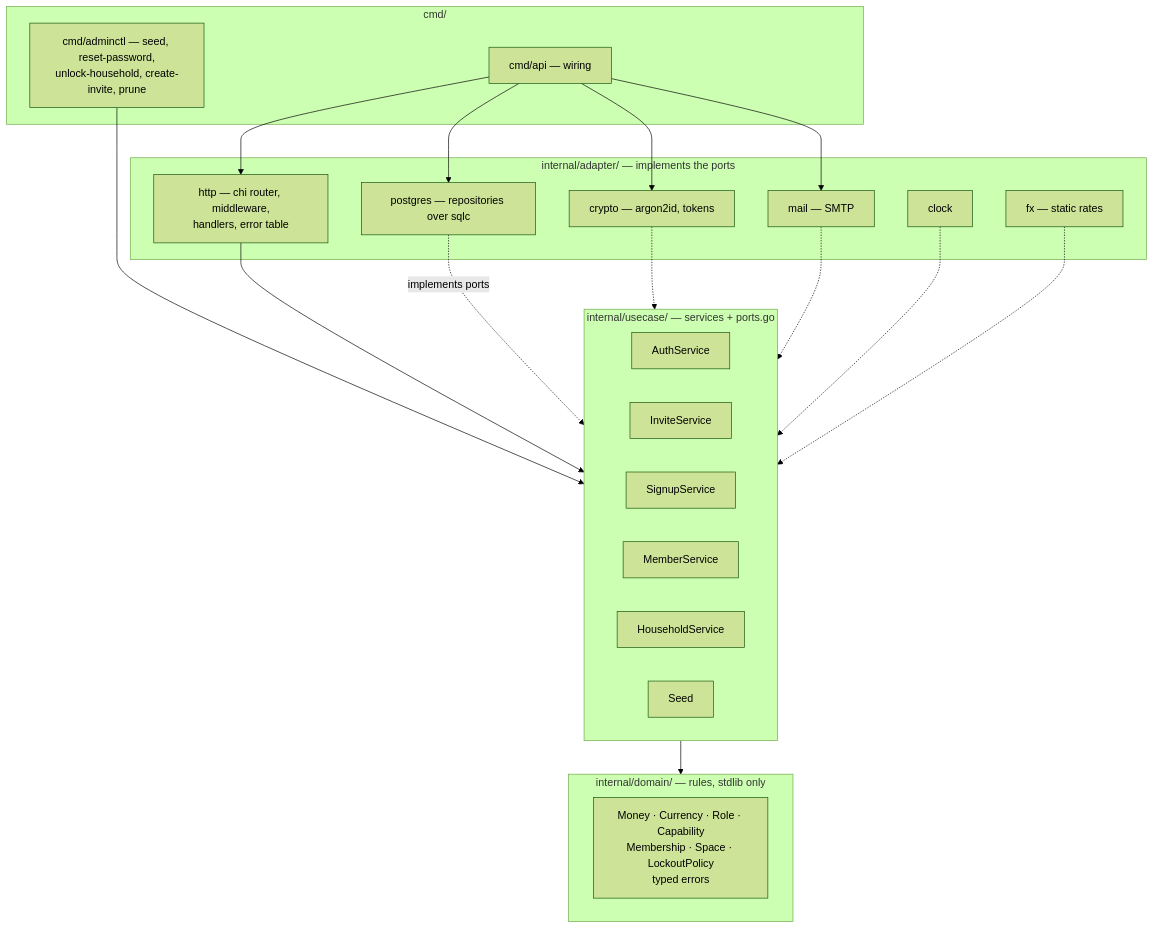
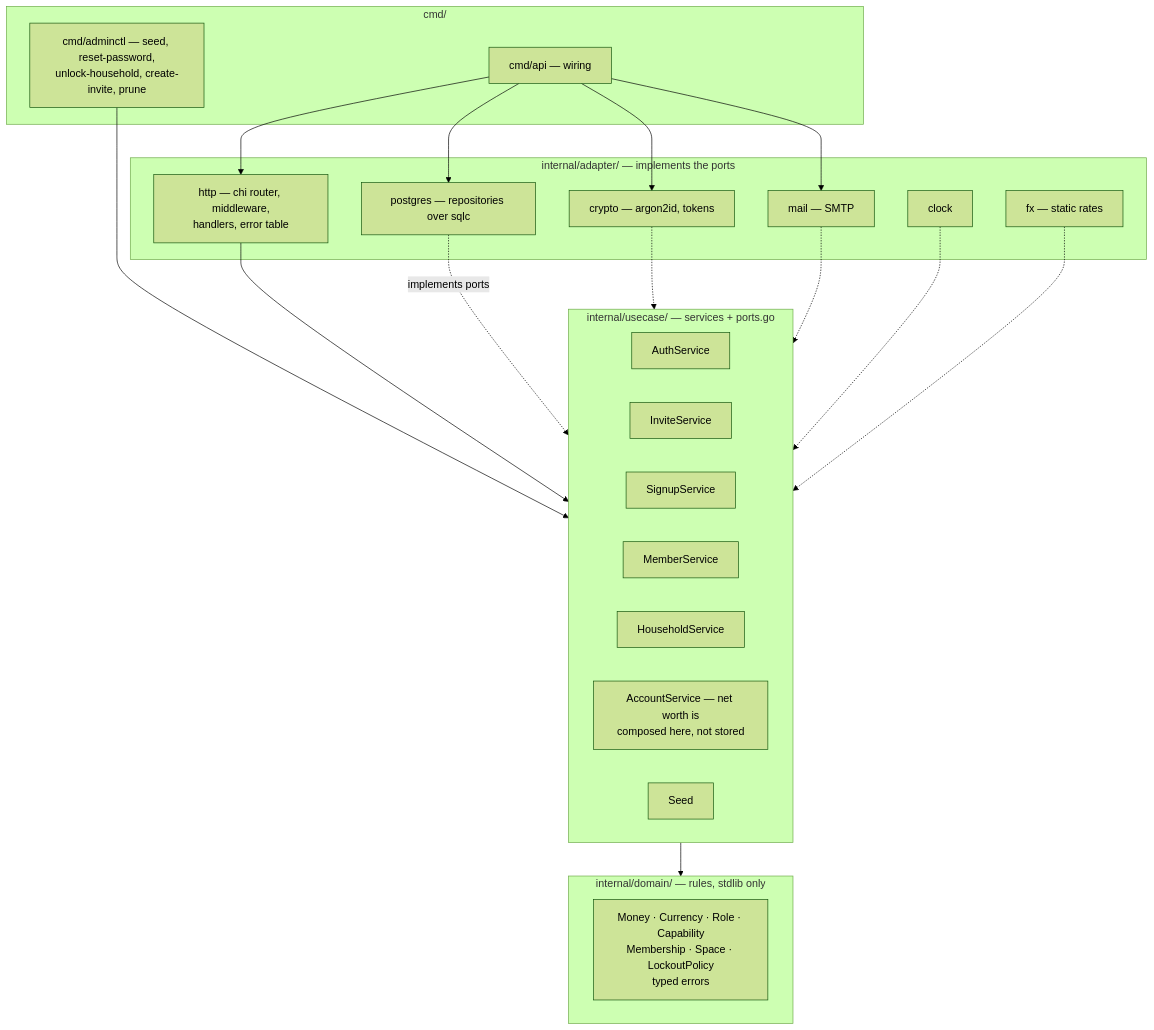
One commit to oandrz/Household changed the second of 10 diagrams in docs/SYSTEM_DESIGN.md. Above: the diagram before and after it, drawn with Mermaid (forest theme). The commit also changed other lines of this file and 4 other files, not shown here.

````diff
--- a/docs/SYSTEM_DESIGN.md
+++ b/docs/SYSTEM_DESIGN.md
@@ -68,42 +70,43 @@
 ```mermaid
 graph TD
     subgraph cmd["cmd/"]
         Main["cmd/api — wiring"]
         Admin["cmd/adminctl — seed, reset-password,<br/>unlock-household, create-invite, prune"]
     end
 
     subgraph adapters["internal/adapter/ — implements the ports"]
         HTTP["http — chi router, middleware,<br/>handlers, error table"]
         PGA["postgres — repositories over sqlc"]
         Crypto["crypto — argon2id, tokens"]
         MailA["mail — SMTP"]
         Clock["clock"]
         FX["fx — static rates"]
     end
 
     subgraph usecase["internal/usecase/ — services + ports.go"]
         Auth["AuthService"]
         Invite["InviteService"]
         Signup["SignupService"]
         Member["MemberService"]
         House["HouseholdService"]
+        Account["AccountService — net worth is<br/>composed here, not stored"]
         Seed["Seed"]
     end
 
     subgraph domain["internal/domain/ — rules, stdlib only"]
         Rules["Money · Currency · Role · Capability<br/>Membership · Space · LockoutPolicy<br/>typed errors"]
     end
 
     Main --> HTTP
     Main --> PGA
     Main --> Crypto
     Main --> MailA
     Admin --> usecase
     HTTP --> usecase
     usecase --> domain
     PGA -.->|implements ports| usecase
     Crypto -.-> usecase
     MailA -.-> usecase
     Clock -.-> usecase
     FX -.-> usecase
 ```
````
